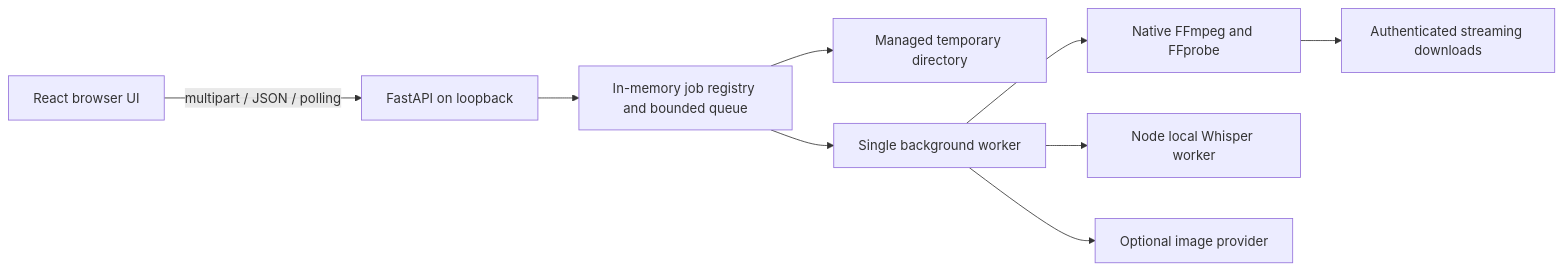
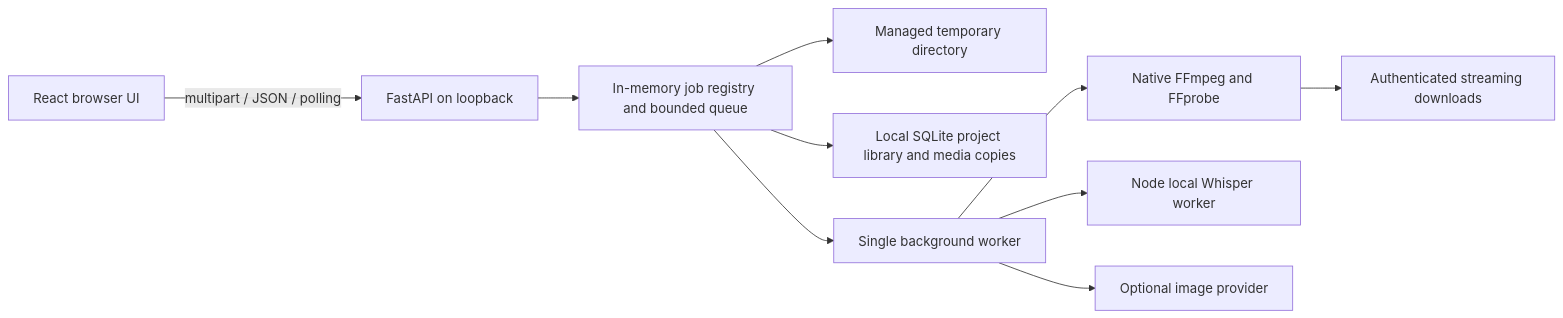
The diagram in docs/ARCHITECTURE.md (dafermen/EasyPodcast), drawn with Mermaid before and after one commit. The commit also changed other lines of this file and 48 other files, not shown here.

````diff
--- a/docs/ARCHITECTURE.md
+++ b/docs/ARCHITECTURE.md
@@ -5,11 +5,12 @@
 ```mermaid
 flowchart LR
  UI[React browser UI] -->|multipart / JSON / polling| API[FastAPI on loopback]
  API --> Store[In-memory job registry and bounded queue]
  Store --> Temp[Managed temporary directory]
+ Store --> Library[Local SQLite project library and media copies]
  Store --> Worker[Single background worker]
  Worker --> FF[Native FFmpeg and FFprobe]
  Worker --> Whisper[Node local Whisper worker]
  Worker --> Images[Optional image provider]
  FF --> Download[Authenticated streaming downloads]
 ```
````
